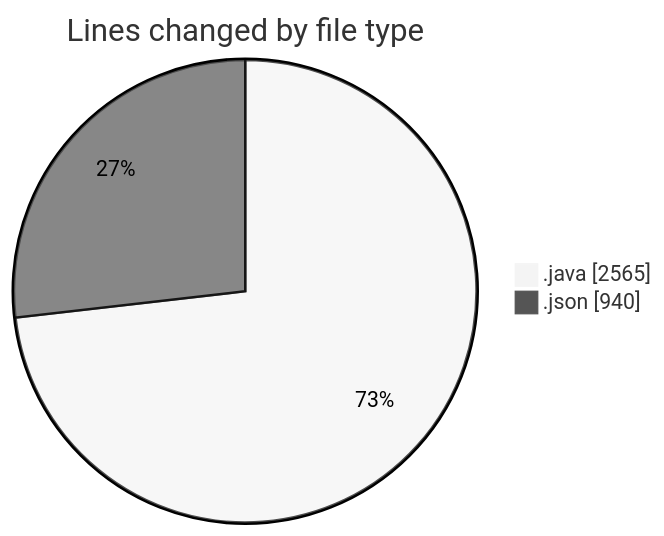
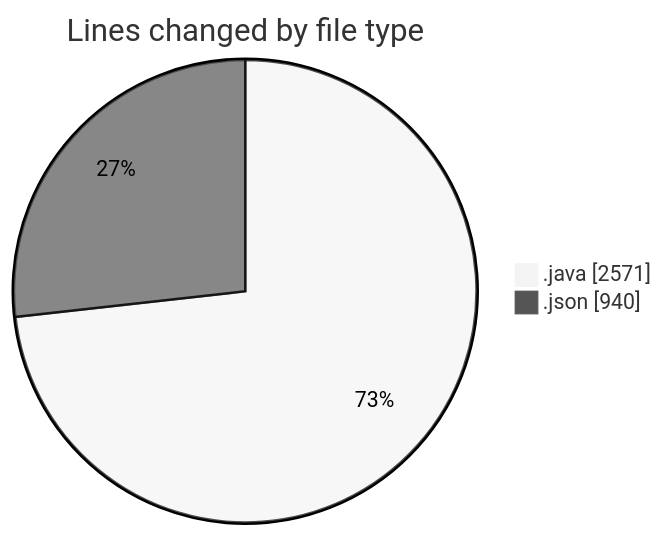
One commit to ricardozamudiocil/code-tracking changed the first of 2 diagrams in 2026-04-28/cilapp/README.md. Above: the diagram before and after it, drawn with Mermaid (neutral theme). The commit also changed other lines of this file and 1 other file, not shown here.

````diff
--- a/2026-04-28/cilapp/README.md
+++ b/2026-04-28/cilapp/README.md
@@ -23,6 +23,6 @@
 ```mermaid
 pie showData
 title Lines changed by file type
-".java" : 2565
+".java" : 2571
 ".json" : 940
 ```
````
